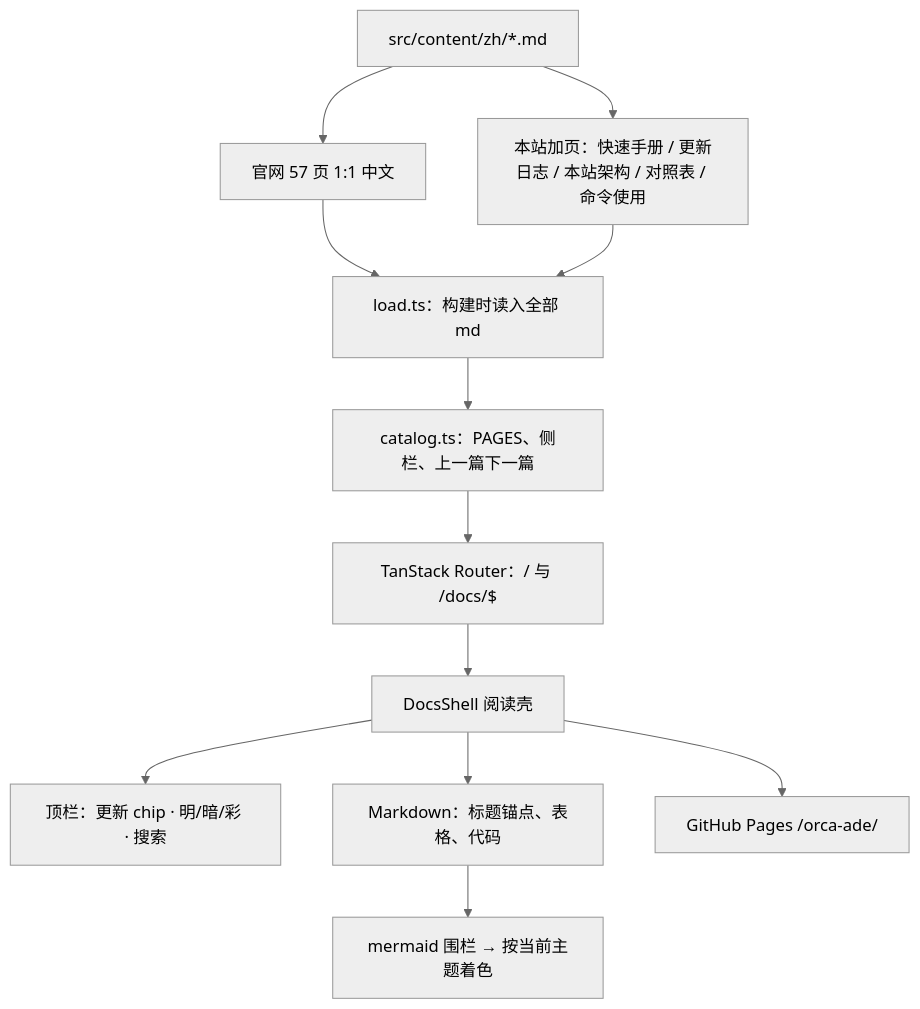
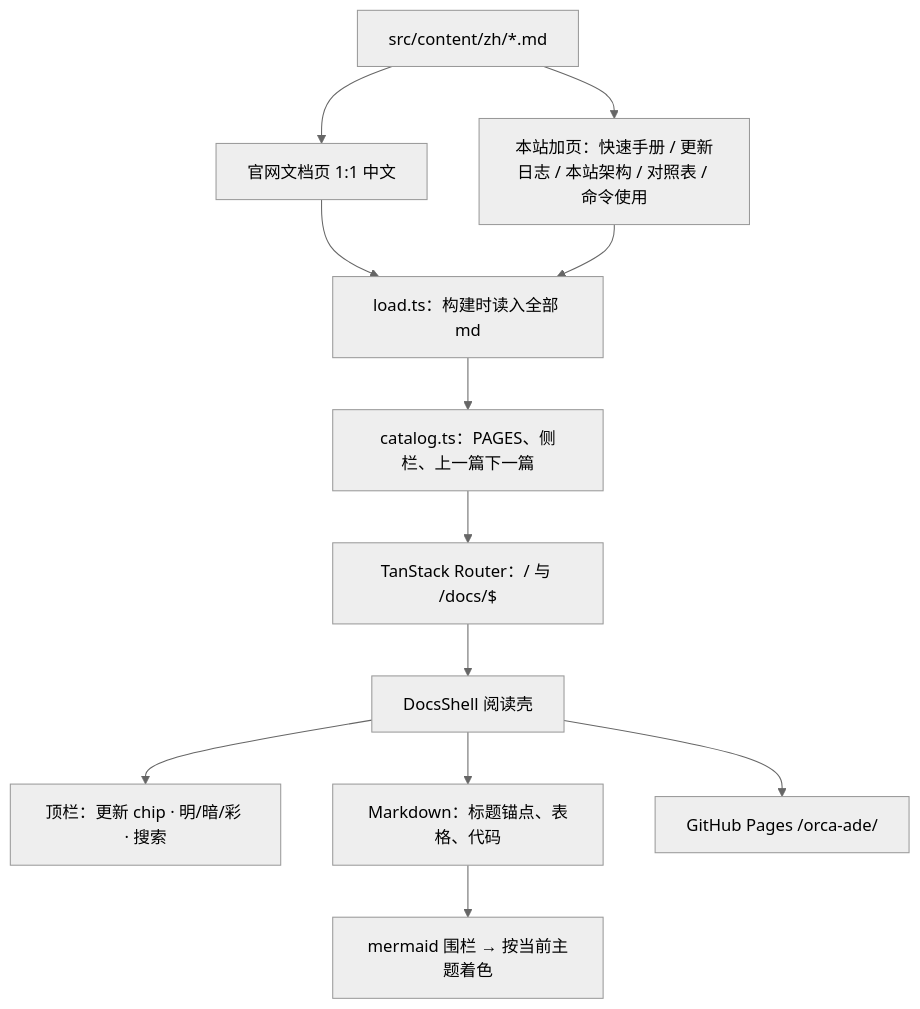
The first of 2 diagrams in src/content/zh/architecture.md (gradient30/orca-ade), drawn with Mermaid (neutral theme) before and after one commit. The commit also changed other lines of this file and 9 other files, not shown here.

````diff
--- a/src/content/zh/architecture.md
+++ b/src/content/zh/architecture.md
@@ -11,15 +11,15 @@
 ```mermaid
 flowchart TB
   ZH["src/content/zh/*.md"]
-  ZH --> OFF["官网 57 页 1:1 中文"]
+  ZH --> OFF["官网文档页 1:1 中文"]
   ZH --> ADD["本站加页：快速手册 / 更新日志 / 本站架构 / 对照表 / 命令使用"]
   OFF --> LOAD["load.ts：构建时读入全部 md"]
   ADD --> LOAD
   LOAD --> CAT["catalog.ts：PAGES、侧栏、上一篇下一篇"]
   CAT --> RT["TanStack Router：/ 与 /docs/$"]
   RT --> SHELL["DocsShell 阅读壳"]
   SHELL --> HDR["顶栏：更新 chip · 明/暗/彩 · 搜索"]
   SHELL --> MD["Markdown：标题锚点、表格、代码"]
   MD --> MMR["mermaid 围栏 → 按当前主题着色"]
   SHELL --> PAGE["GitHub Pages /orca-ade/"]
 ```
````
